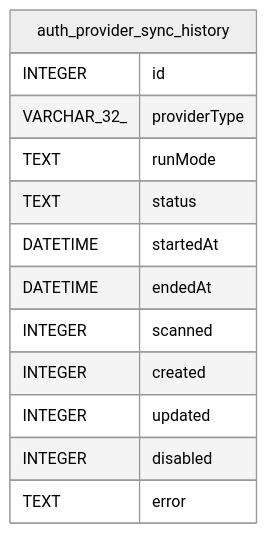
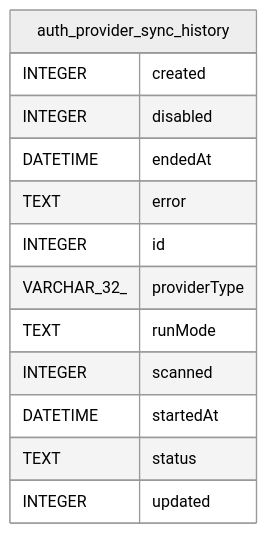
The diagram in docs/generated/sqlite-schema/auth_provider_sync_history.md (mayankjain1815-commits/n8n), drawn with Mermaid (neutral theme) before and after one commit. The commit also changed other lines of this file and 221 other files, not shown here.

Commit message:
chore(core): Make DB schema docs generation deterministic (#32373)

````diff
--- a/docs/generated/sqlite-schema/auth_provider_sync_history.md
+++ b/docs/generated/sqlite-schema/auth_provider_sync_history.md
@@ -50,18 +50,18 @@
 ```mermaid
 erDiagram
 
 
 "auth_provider_sync_history" {
+  INTEGER created
+  INTEGER disabled
+  DATETIME endedAt
+  TEXT error
   INTEGER id
   VARCHAR_32_ providerType
   TEXT runMode
+  INTEGER scanned
+  DATETIME startedAt
   TEXT status
-  DATETIME startedAt
-  DATETIME endedAt
-  INTEGER scanned
-  INTEGER created
   INTEGER updated
-  INTEGER disabled
-  TEXT error
 }
 ```
````
